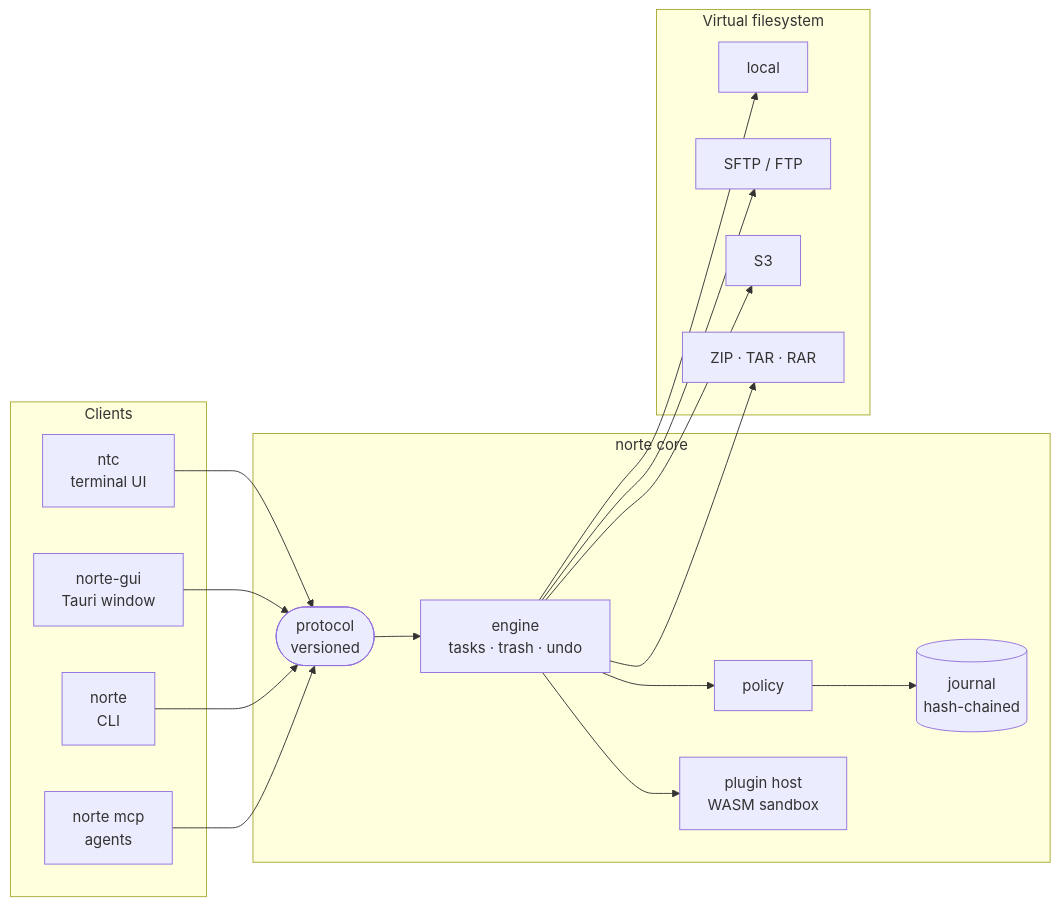
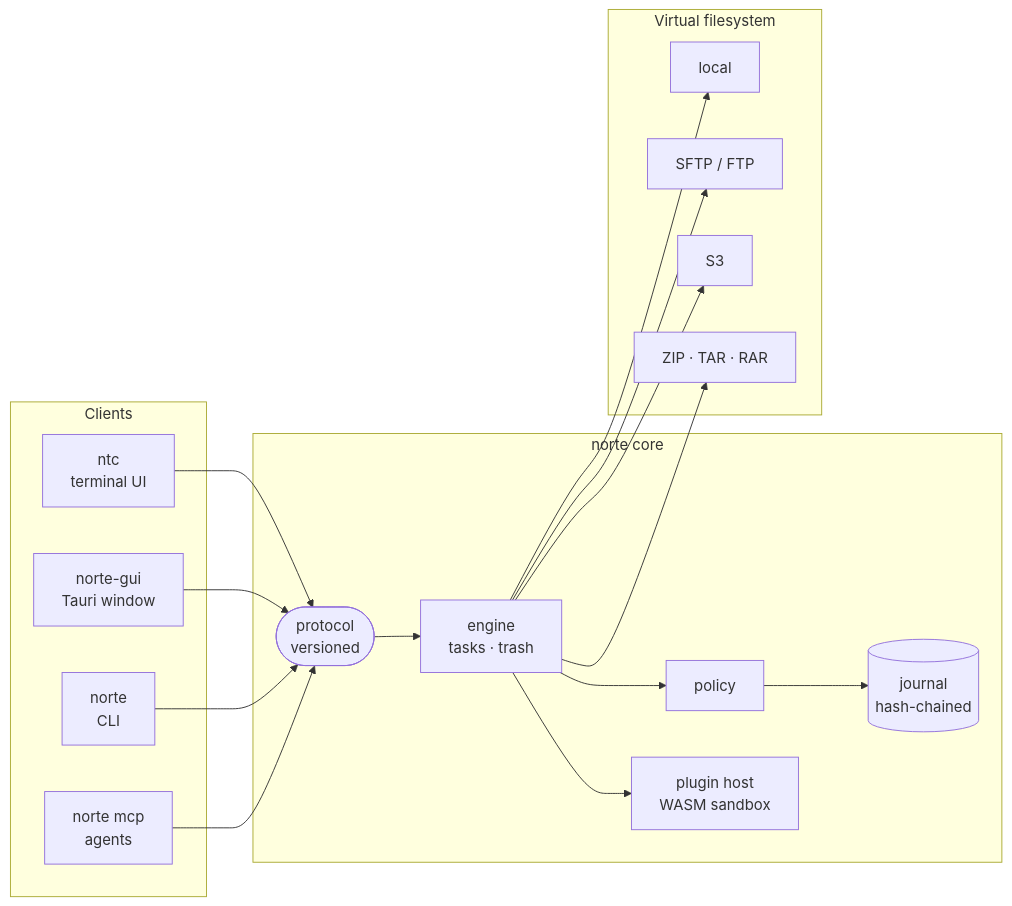
One commit to compilando/norte changed the second of 2 diagrams in README.md. Above: the diagram before and after it, drawn with Mermaid. The commit also changed other lines of this file, not shown here.

First line of the commit message:
docs(readme): no promises of undo, and say how norte is built

````diff
--- a/README.md
+++ b/README.md
@@ -341,26 +342,26 @@
 ```mermaid
 flowchart LR
     subgraph clients [Clients]
         TUI["ntc<br/>terminal UI"]
         GUI["norte-gui<br/>Tauri window"]
         CLI["norte<br/>CLI"]
         MCP["norte mcp<br/>agents"]
     end
     subgraph core [norte core]
         PROTO(["protocol<br/>versioned"])
-        ENG["engine<br/>tasks · trash · undo"]
+        ENG["engine<br/>tasks · trash"]
         POL["policy"]
         JRN[("journal<br/>hash-chained")]
         PLG["plugin host<br/>WASM sandbox"]
     end
     subgraph vfs [Virtual filesystem]
         LOCAL[local]
         SFTP[SFTP / FTP]
         OBJ[S3]
         ARC["ZIP · TAR · RAR"]
     end
     TUI & GUI & CLI & MCP --> PROTO --> ENG
     ENG --> POL --> JRN
     ENG --> PLG
     ENG --> LOCAL & SFTP & OBJ & ARC
 ```
````
